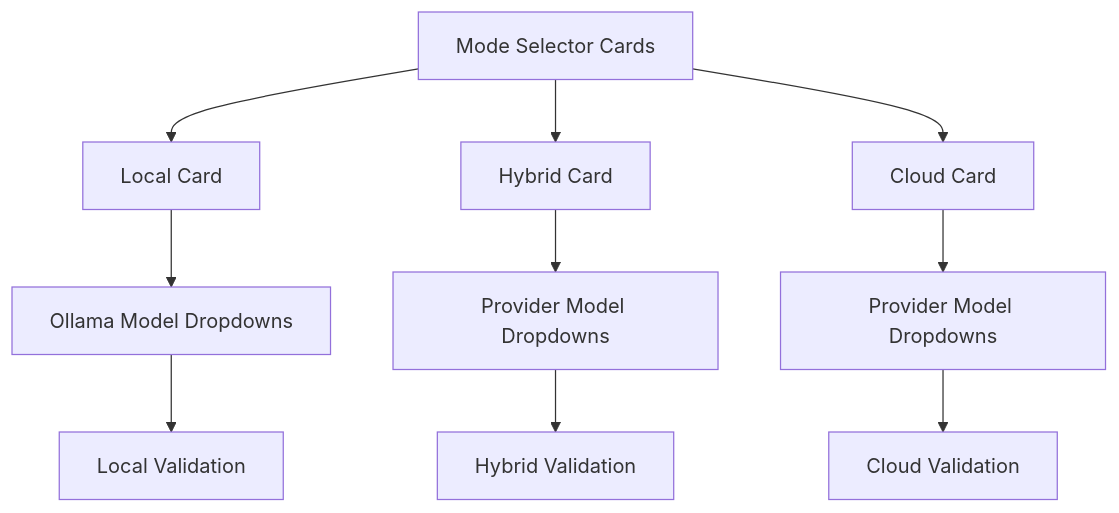
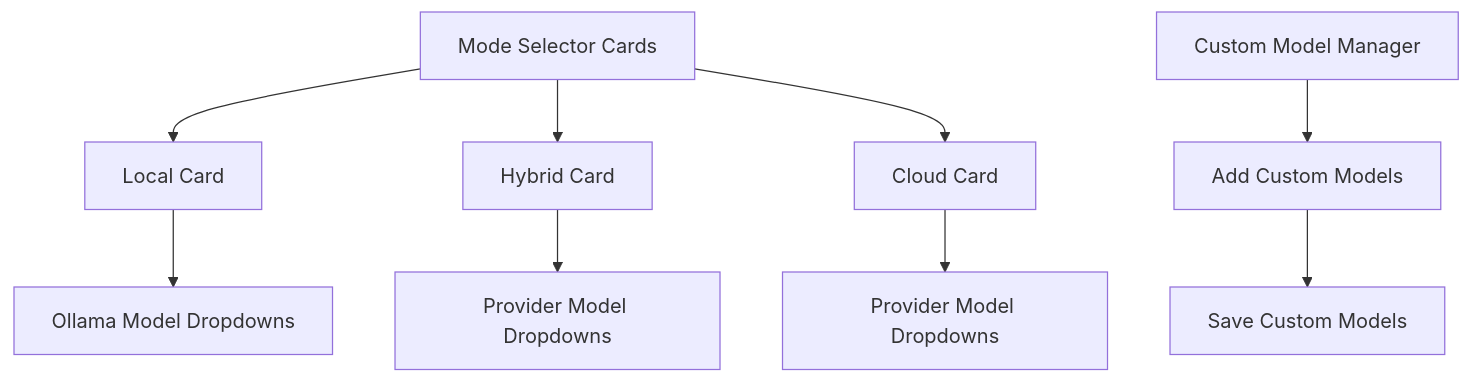
The seventh of 18 diagrams in .qoder/repowiki/en/content/Frontend Application/Admin Dashboard/Admin Dashboard.md (genes8/private-ai), drawn with Mermaid before and after one commit. The commit also changed other lines of this file and 19 other files, not shown here.

````diff
--- a/.qoder/repowiki/en/content/Frontend Application/Admin Dashboard/Admin Dashboard.md
+++ b/.qoder/repowiki/en/content/Frontend Application/Admin Dashboard/Admin Dashboard.md
@@ -373,12 +417,11 @@
 ```mermaid
 flowchart TD
 ModeSelector["Mode Selector Cards"] --> LocalCard["Local Card"]
 ModeSelector --> HybridCard["Hybrid Card"]
 ModeSelector --> CloudCard["Cloud Card"]
 LocalCard --> LocalModels["Ollama Model Dropdowns"]
-HybridCard --> HybridModels["Provider Model Dropdowns"]
-CloudCard --> CloudModels["Provider Model Dropdowns"]
-LocalModels --> LocalValidation["Local Validation"]
-HybridModels --> HybridValidation["Hybrid Validation"]
-CloudModels --> CloudValidation["Cloud Validation"]
+HybridCard --> CloudModels["Provider Model Dropdowns"]
+CloudCard --> CloudModels2["Provider Model Dropdowns"]
+CustomModels["Custom Model Manager"] --> AddCustom["Add Custom Models"]
+AddCustom --> SaveCustom["Save Custom Models"]
 ```
````
